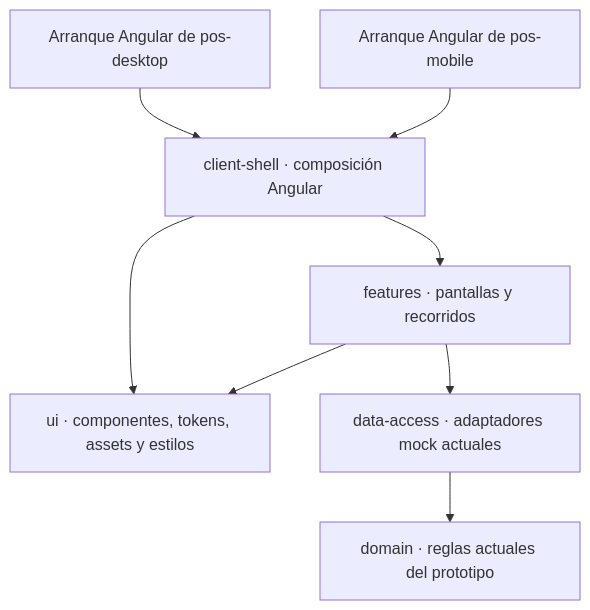
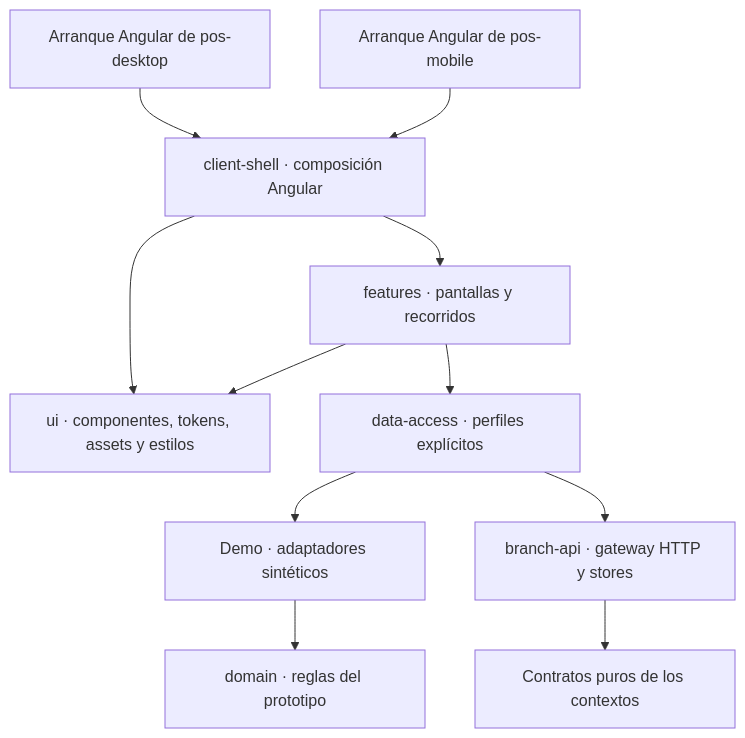
The second of 2 diagrams in docs/decisions/native-clients.md (developer-implementos/pos-docs), drawn with Mermaid before and after one commit. The commit also changed other lines of this file and 5 other files, not shown here.

````diff
--- a/docs/decisions/native-clients.md
+++ b/docs/decisions/native-clients.md
@@ -42,10 +42,13 @@
 ```mermaid
 flowchart TB
     Desktop["Arranque Angular de pos-desktop"] --> Shell["client-shell · composición Angular"]
     Mobile["Arranque Angular de pos-mobile"] --> Shell
     Shell --> Features["features · pantallas y recorridos"]
     Shell --> UI["ui · componentes, tokens, assets y estilos"]
     Features --> UI
-    Features --> Data["data-access · adaptadores mock actuales"]
-    Data --> Domain["domain · reglas actuales del prototipo"]
+    Features --> Data["data-access · perfiles explícitos"]
+    Data --> Demo["Demo · adaptadores sintéticos"]
+    Demo --> Domain["domain · reglas del prototipo"]
+    Data --> API["branch-api · gateway HTTP y stores"]
+    API --> Contracts["Contratos puros de los contextos"]
 ```
````
